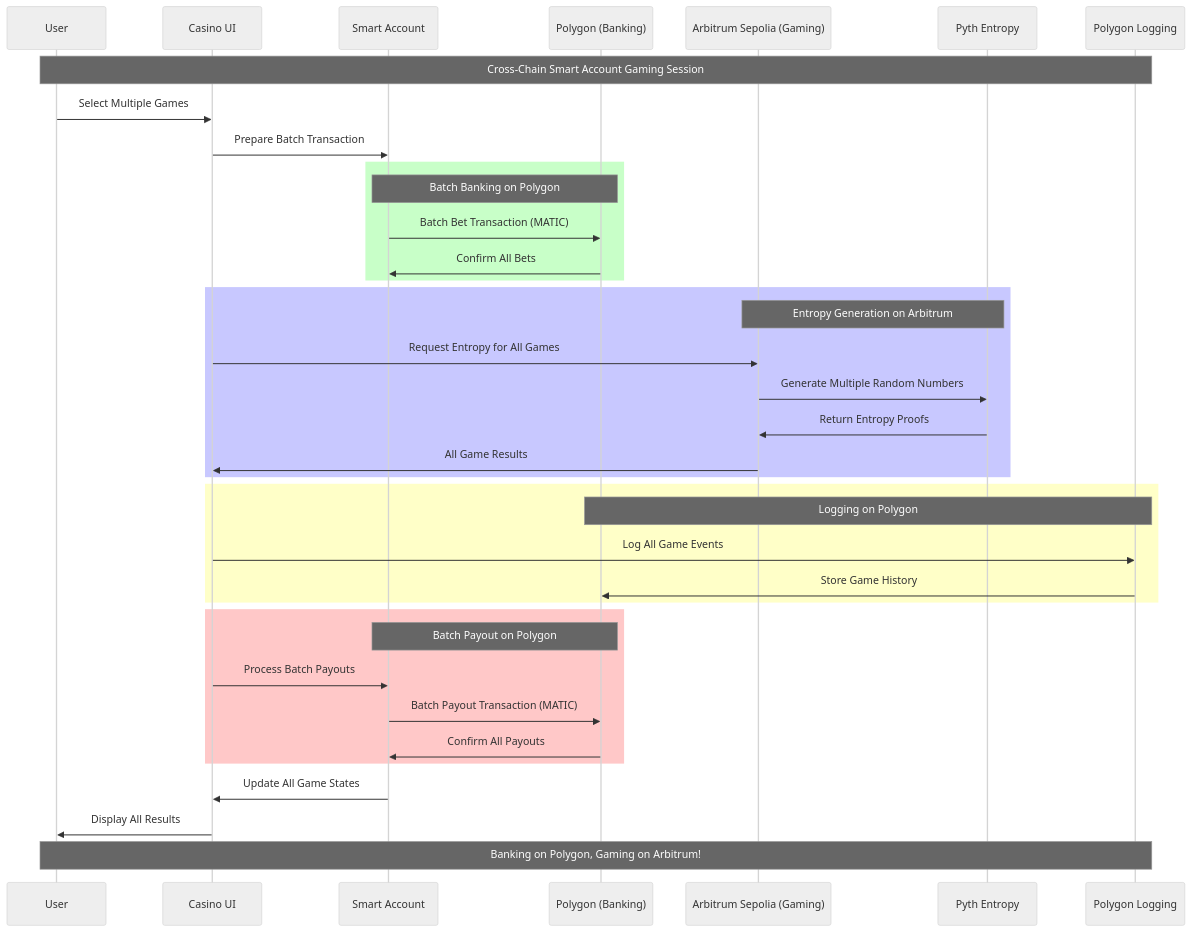
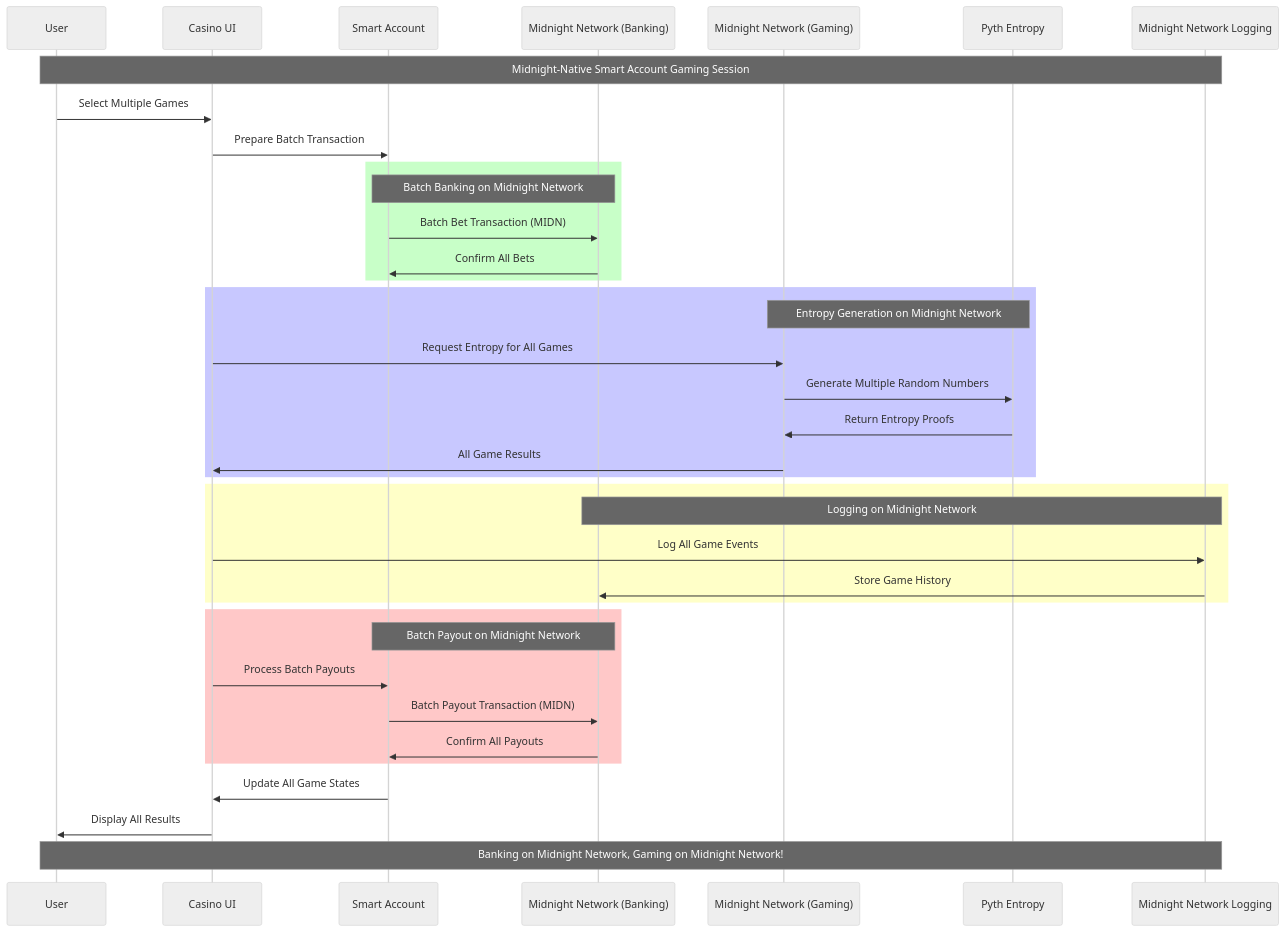
Diagram 20 of 23 in MERMAID_DIAGRAMS.md (AmaanSayyad/Midnight-Casino), drawn with Mermaid (neutral theme) before and after one commit. The commit also changed other lines of this file and 2 other files, not shown here.

Commit message:
rebrand(midnight): establish baseline identity and theme scaffolding

````diff
--- a/MERMAID_DIAGRAMS.md
+++ b/MERMAID_DIAGRAMS.md
@@ -699,47 +699,47 @@
 ```mermaid
 sequenceDiagram
     participant U as User
     participant UI as Casino UI
     participant SA as Smart Account
-    participant POL as Polygon (Banking)
-    participant AS as Arbitrum Sepolia (Gaming)
+    participant POL as Midnight Network (Banking)
+    participant AS as Midnight Network (Gaming)
     participant PE as Pyth Entropy
-    participant LOG as Polygon Logging
+    participant LOG as Midnight Network Logging
     
-    Note over U,LOG: Cross-Chain Smart Account Gaming Session
+    Note over U,LOG: Midnight-Native Smart Account Gaming Session
     
     U->>UI: Select Multiple Games
     UI->>SA: Prepare Batch Transaction
     
     rect rgb(200, 255, 200)
-        Note over SA,POL: Batch Banking on Polygon
-        SA->>POL: Batch Bet Transaction (MATIC)
+        Note over SA,POL: Batch Banking on Midnight Network
+        SA->>POL: Batch Bet Transaction (MIDN)
         POL->>SA: Confirm All Bets
     end
     
     rect rgb(200, 200, 255)
-        Note over AS,PE: Entropy Generation on Arbitrum
+        Note over AS,PE: Entropy Generation on Midnight Network
         UI->>AS: Request Entropy for All Games
         AS->>PE: Generate Multiple Random Numbers
         PE->>AS: Return Entropy Proofs
         AS->>UI: All Game Results
     end
     
     rect rgb(255, 255, 200)
-        Note over LOG,POL: Logging on Polygon
+        Note over LOG,POL: Logging on Midnight Network
         UI->>LOG: Log All Game Events
         LOG->>POL: Store Game History
     end
     
     rect rgb(255, 200, 200)
-        Note over SA,POL: Batch Payout on Polygon
+        Note over SA,POL: Batch Payout on Midnight Network
         UI->>SA: Process Batch Payouts
-        SA->>POL: Batch Payout Transaction (MATIC)
+        SA->>POL: Batch Payout Transaction (MIDN)
         POL->>SA: Confirm All Payouts
     end
     
     SA->>UI: Update All Game States
     UI->>U: Display All Results
     
-    Note over U,LOG: Banking on Polygon, Gaming on Arbitrum!
+    Note over U,LOG: Banking on Midnight Network, Gaming on Midnight Network!
 ```
````
